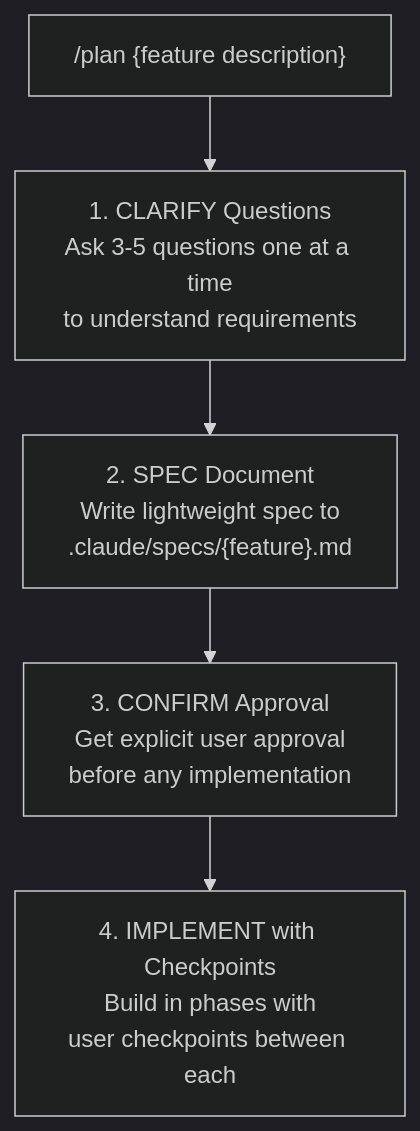
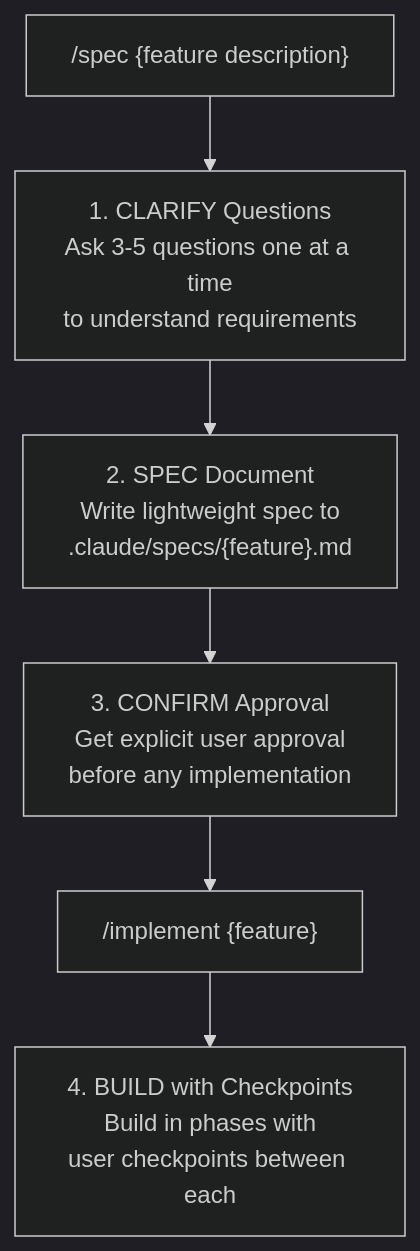
One commit to heiko-braun/draft changed the diagram in README.md. Above: the diagram before and after it, drawn with Mermaid (dark theme). The commit also changed other lines of this file and 5 other files, not shown here.

````diff
--- a/README.md
+++ b/README.md
@@ -18,7 +18,8 @@
 ```mermaid
 flowchart TD
-    A["/plan {feature description}"] --> B["1. CLARIFY Questions<br/>Ask 3-5 questions one at a time<br/>to understand requirements"]
+    A["/spec {feature description}"] --> B["1. CLARIFY Questions<br/>Ask 3-5 questions one at a time<br/>to understand requirements"]
     B --> C["2. SPEC Document<br/>Write lightweight spec to<br/>.claude/specs/{feature}.md"]
     C --> D["3. CONFIRM Approval<br/>Get explicit user approval<br/>before any implementation"]
-    D --> E["4. IMPLEMENT with Checkpoints<br/>Build in phases with<br/>user checkpoints between each"]
+    D --> E["/implement {feature}"]
+    E --> F["4. BUILD with Checkpoints<br/>Build in phases with<br/>user checkpoints between each"]
 ```
````
